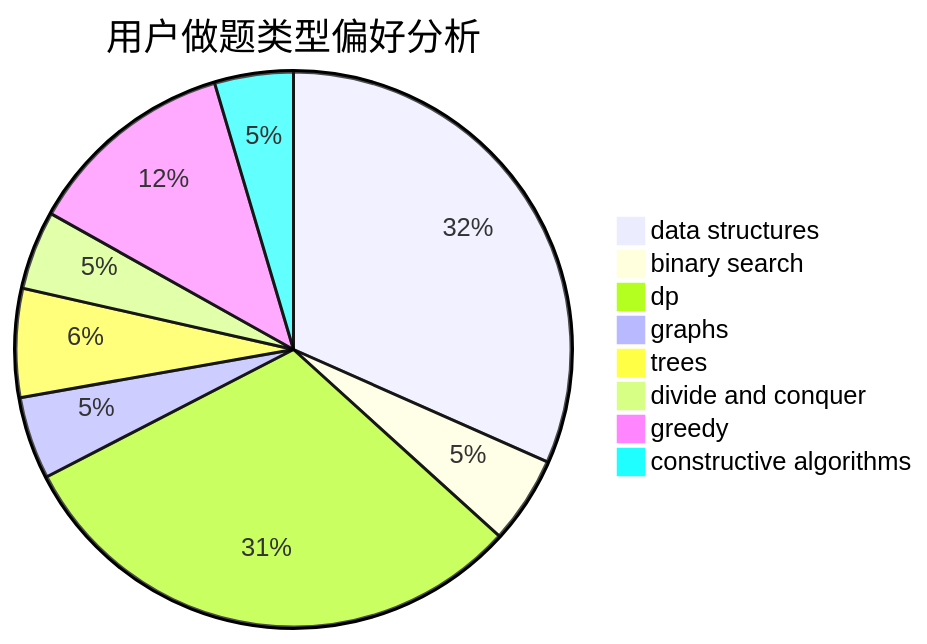
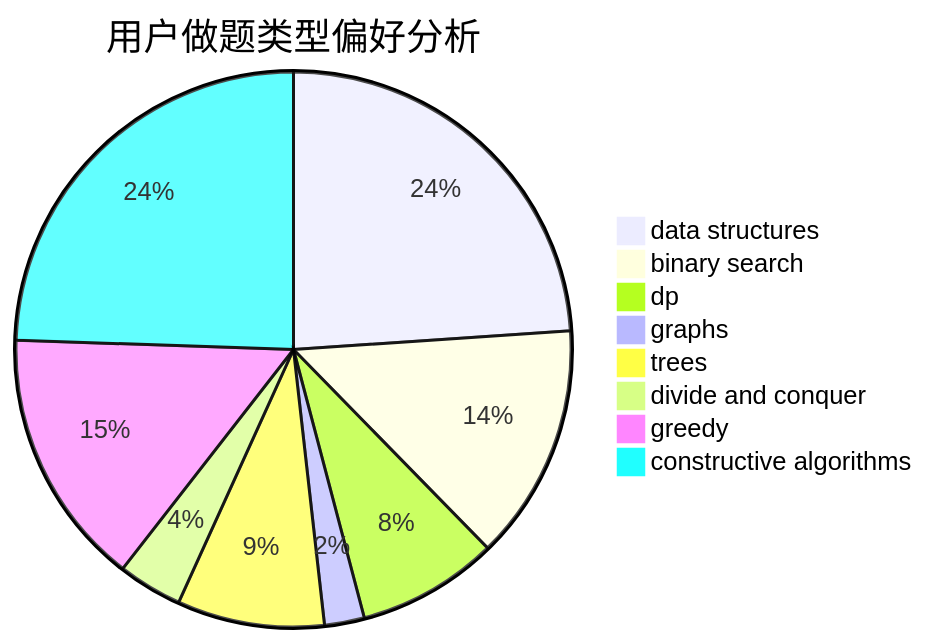
One commit to sherpahu/cfrs.github.io changed the second of 3 diagrams in docs/user/u538.md. Above: the diagram before and after it, drawn with Mermaid. The commit also changed other lines of this file and 2770 other files, not shown here.

````diff
--- a/docs/user/u538.md
+++ b/docs/user/u538.md
@@ -23,11 +23,11 @@
 ```mermaid
 pie title 用户做题类型偏好分析
-    "data structures" :  435
-    "binary search" :  70
-    "dp" :  422
-    "graphs" :  66
-    "trees" :  87
-    "divide and conquer" :  63
-    "greedy" :  169
-    "constructive algorithms" :  63
+    "data structures" :  134
+    "binary search" :  77
+    "dp" :  46
+    "graphs" :  13
+    "trees" :  48
+    "divide and conquer" :  21
+    "greedy" :  84
+    "constructive algorithms" :  137
 ```
````
